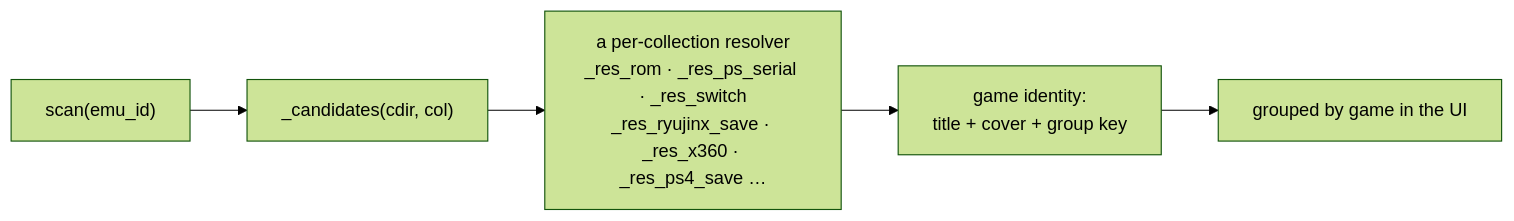
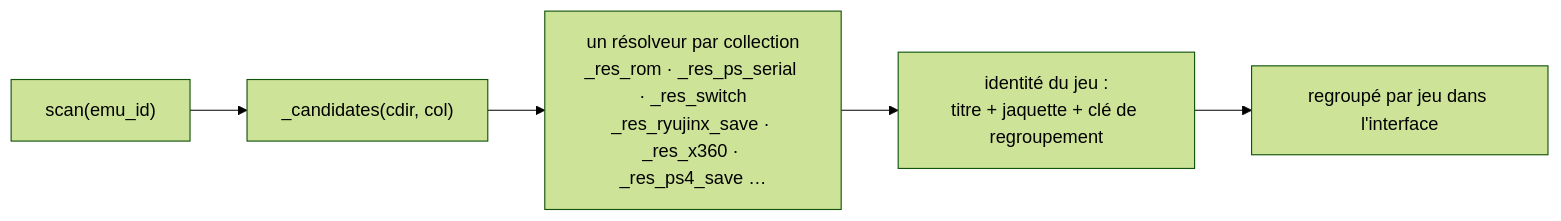
Before and after one commit to p4v1c/gamecore-addons: the diagram in docs/architecture/05-save-manager.md, drawn with Mermaid (forest theme). The commit also changed other lines of this file and 10 other files, not shown here.

First line of the commit message:
docs: passe la documentation d'architecture en français

````diff
--- a/docs/architecture/05-save-manager.md
+++ b/docs/architecture/05-save-manager.md
@@ -18,7 +20,7 @@
 ```mermaid
 flowchart LR
     scan["scan(emu_id)"] --> cand["_candidates(cdir, col)"]
-    cand --> res["a per-collection resolver<br/>_res_rom · _res_ps_serial · _res_switch<br/>_res_ryujinx_save · _res_x360 · _res_ps4_save …"]
-    res --> id["game identity:<br/>title + cover + group key"]
-    id --> ui["grouped by game in the UI"]
+    cand --> res["un résolveur par collection<br/>_res_rom · _res_ps_serial · _res_switch<br/>_res_ryujinx_save · _res_x360 · _res_ps4_save …"]
+    res --> id["identité du jeu :<br/>titre + jaquette + clé de regroupement"]
+    id --> ui["regroupé par jeu dans l'interface"]
 ```
````
